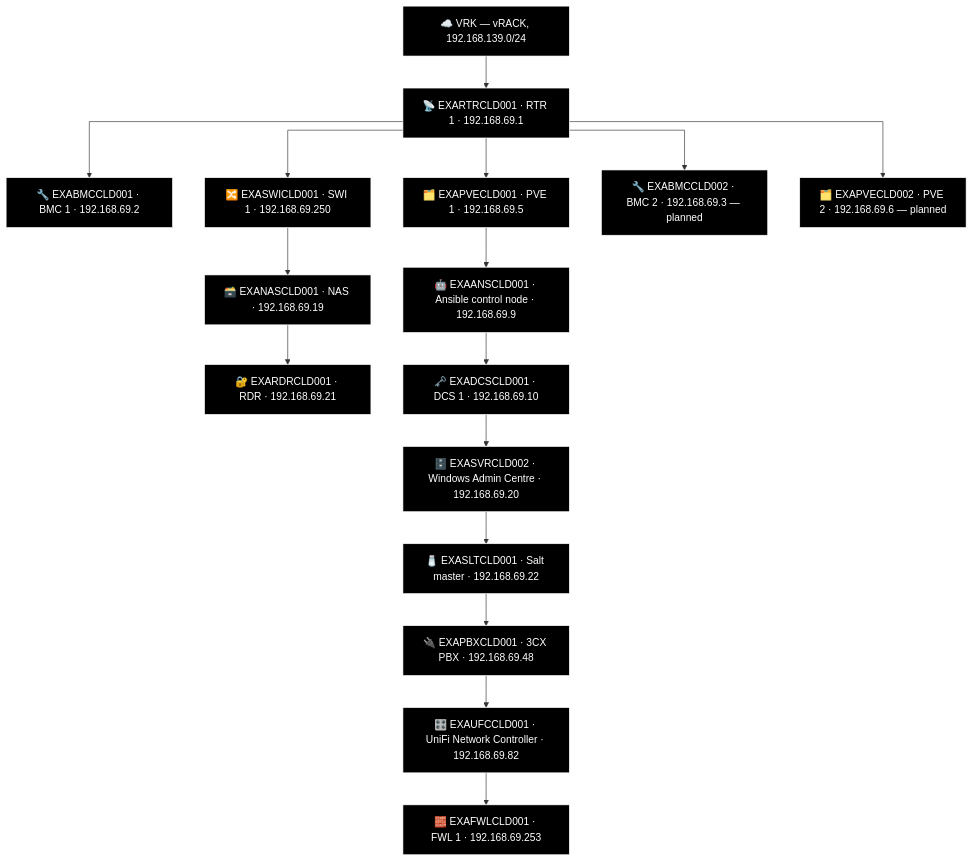
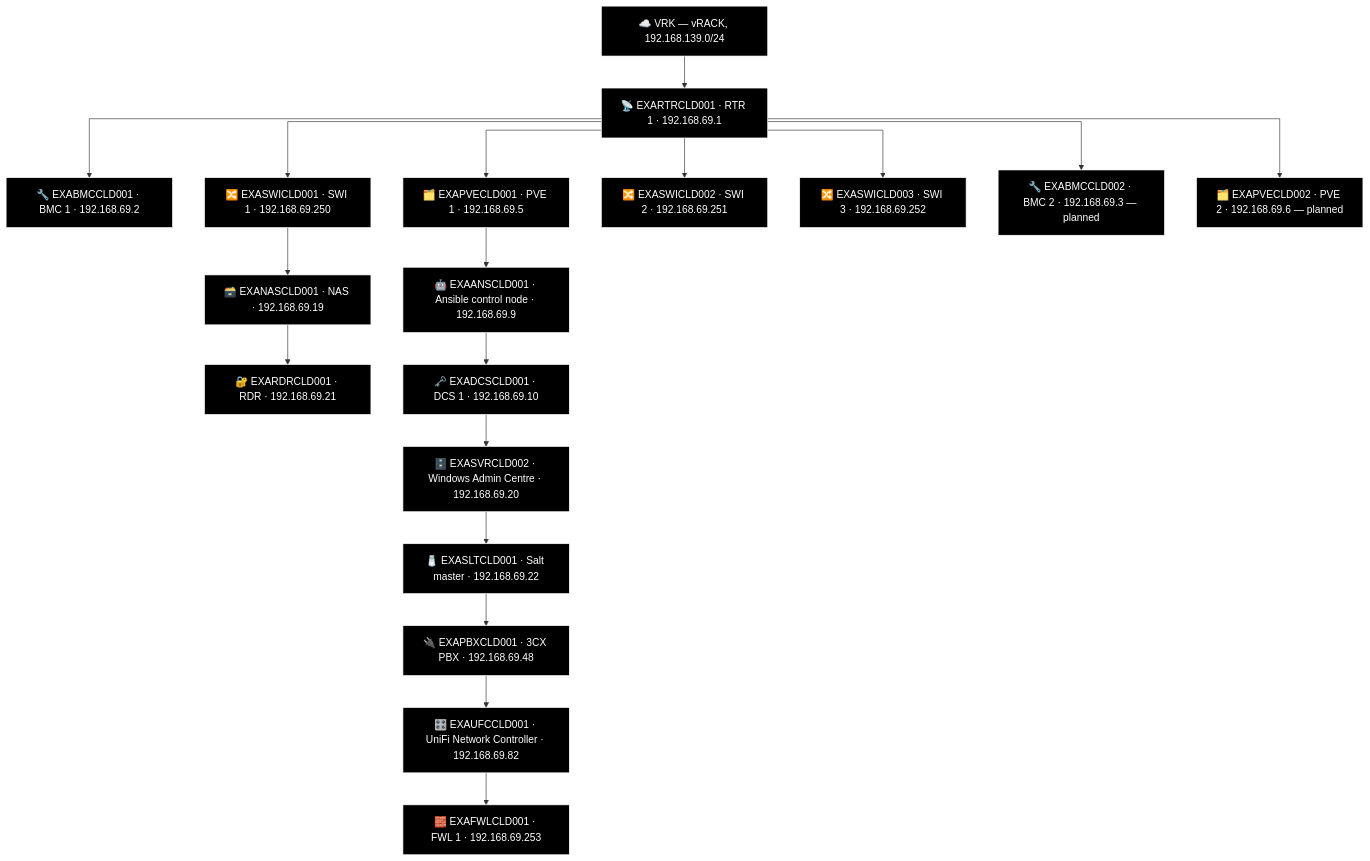
The second of 2 diagrams in docs/network-diagram/cld.md (knightmare2600/example_music_infra), drawn with Mermaid before and after one commit. The commit also changed 35 other files, not shown here.

````diff
--- a/docs/network-diagram/cld.md
+++ b/docs/network-diagram/cld.md
@@ -44,46 +44,52 @@
 ```mermaid
 %% GENERATED:TOPOLOGY:CLD:START
 %%{init: {'flowchart': {'curve': 'stepAfter'}}}%%
 graph TD
     T_VRK["☁️ VRK — vRACK, 192.168.139.0/24"]
     T_RTR["📡 EXARTRCLD001 · RTR 1 · 192.168.69.1"]
     T_VRK --> T_RTR
     T_BMC["🔧 EXABMCCLD001 · BMC 1 · 192.168.69.2"]
     T_RTR --> T_BMC
     T_PVE["🗂️ EXAPVECLD001 · PVE 1 · 192.168.69.5"]
     T_RTR --> T_PVE
     T_SWI["🔀 EXASWICLD001 · SWI 1 · 192.168.69.250"]
     T_RTR --> T_SWI
+    T_SWI2["🔀 EXASWICLD002 · SWI 2 · 192.168.69.251"]
+    T_RTR --> T_SWI2
+    T_SWI3["🔀 EXASWICLD003 · SWI 3 · 192.168.69.252"]
+    T_RTR --> T_SWI3
     T_BMC2["🔧 EXABMCCLD002 · BMC 2 · 192.168.69.3 — planned"]
     T_RTR --> T_BMC2
     T_PVE2["🗂️ EXAPVECLD002 · PVE 2 · 192.168.69.6 — planned"]
     T_RTR --> T_PVE2
     T_NAS["🗃️ EXANASCLD001 · NAS · 192.168.69.19"]
     T_RDR["🔐 EXARDRCLD001 · RDR · 192.168.69.21"]
     T_SWI --> T_NAS --> T_RDR
     T_ANS["🤖 EXAANSCLD001 · Ansible control node · 192.168.69.9"]
     T_DCS["🗝️ EXADCSCLD001 · DCS 1 · 192.168.69.10"]
     T_SVR["🗄️ EXASVRCLD002 · Windows Admin Centre · 192.168.69.20"]
     T_SLT["🧂 EXASLTCLD001 · Salt master · 192.168.69.22"]
     T_PBX["🔌 EXAPBXCLD001 · 3CX PBX · 192.168.69.48"]
     T_UFC["🎛️ EXAUFCCLD001 · UniFi Network Controller · 192.168.69.82"]
     T_FWL["🧱 EXAFWLCLD001 · FWL 1 · 192.168.69.253"]
     T_PVE --> T_ANS --> T_DCS --> T_SVR --> T_SLT --> T_PBX --> T_UFC --> T_FWL
     style T_VRK fill:#000000,stroke:#FFFFFF,color:#FFFFFF
     style T_RTR fill:#000000,stroke:#FFFFFF,color:#FFFFFF
     style T_BMC fill:#000000,stroke:#FFFFFF,color:#FFFFFF
     style T_PVE fill:#000000,stroke:#FFFFFF,color:#FFFFFF
     style T_SWI fill:#000000,stroke:#FFFFFF,color:#FFFFFF
+    style T_SWI2 fill:#000000,stroke:#FFFFFF,color:#FFFFFF
+    style T_SWI3 fill:#000000,stroke:#FFFFFF,color:#FFFFFF
     style T_BMC2 fill:#000000,stroke:#FFFFFF,color:#FFFFFF
     style T_PVE2 fill:#000000,stroke:#FFFFFF,color:#FFFFFF
     style T_NAS fill:#000000,stroke:#FFFFFF,color:#FFFFFF
     style T_RDR fill:#000000,stroke:#FFFFFF,color:#FFFFFF
     style T_ANS fill:#000000,stroke:#FFFFFF,color:#FFFFFF
     style T_DCS fill:#000000,stroke:#FFFFFF,color:#FFFFFF
     style T_SVR fill:#000000,stroke:#FFFFFF,color:#FFFFFF
     style T_SLT fill:#000000,stroke:#FFFFFF,color:#FFFFFF
     style T_PBX fill:#000000,stroke:#FFFFFF,color:#FFFFFF
     style T_UFC fill:#000000,stroke:#FFFFFF,color:#FFFFFF
     style T_FWL fill:#000000,stroke:#FFFFFF,color:#FFFFFF
 %% GENERATED:TOPOLOGY:CLD:END
 ```
````
